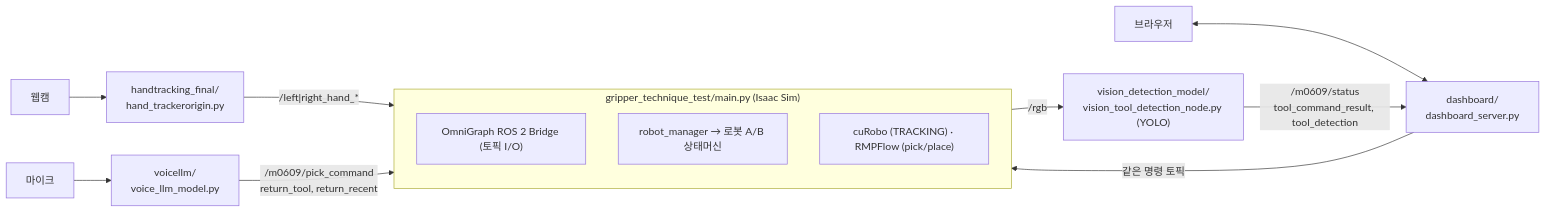
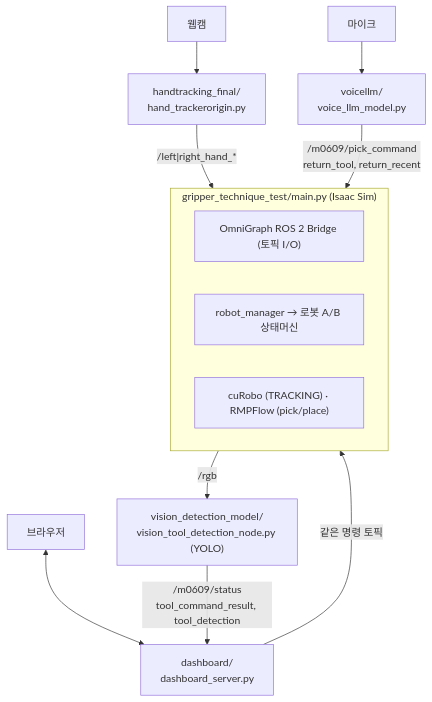
One commit to gwanhuiGIM/Rokey_cobot3 changed the first of 2 diagrams in README.md. Above: the diagram before and after it, drawn with Mermaid. The commit also changed other lines of this file, not shown here.

````diff
--- a/README.md
+++ b/README.md
@@ -14,16 +17,16 @@
 ```mermaid
-flowchart LR
+flowchart TB
     CAM["웹캠"] --> HT["handtracking_final/<br/>hand_trackerorigin.py"]
     MIC["마이크"] --> VL["voicellm/<br/>voice_llm_model.py"]
     WB["브라우저"] <--> DB["dashboard/<br/>dashboard_server.py"]
     HT -->|"/left|right_hand_*"| ISAAC
     VL -->|"/m0609/pick_command<br/>return_tool, return_recent"| ISAAC
     DB -->|"같은 명령 토픽"| ISAAC
     subgraph ISAAC["gripper_technique_test/main.py (Isaac Sim)"]
         OG["OmniGraph ROS 2 Bridge (토픽 I/O)"]
         RM["robot_manager → 로봇 A/B 상태머신"]
         PL["cuRobo (TRACKING) · RMPFlow (pick/place)"]
     end
     ISAAC -->|"/rgb"| VD["vision_detection_model/<br/>vision_tool_detection_node.py (YOLO)"]
     VD -->|"/m0609/status<br/>tool_command_result, tool_detection"| DB
 ```
````
